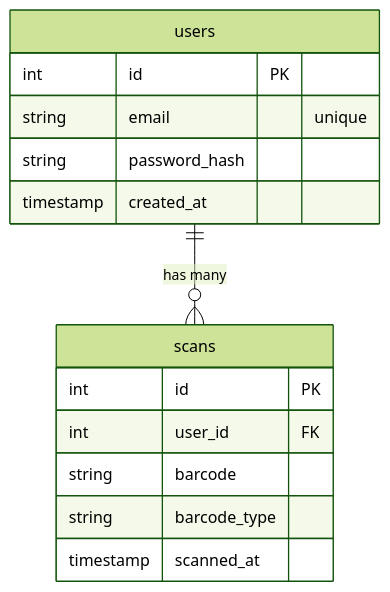
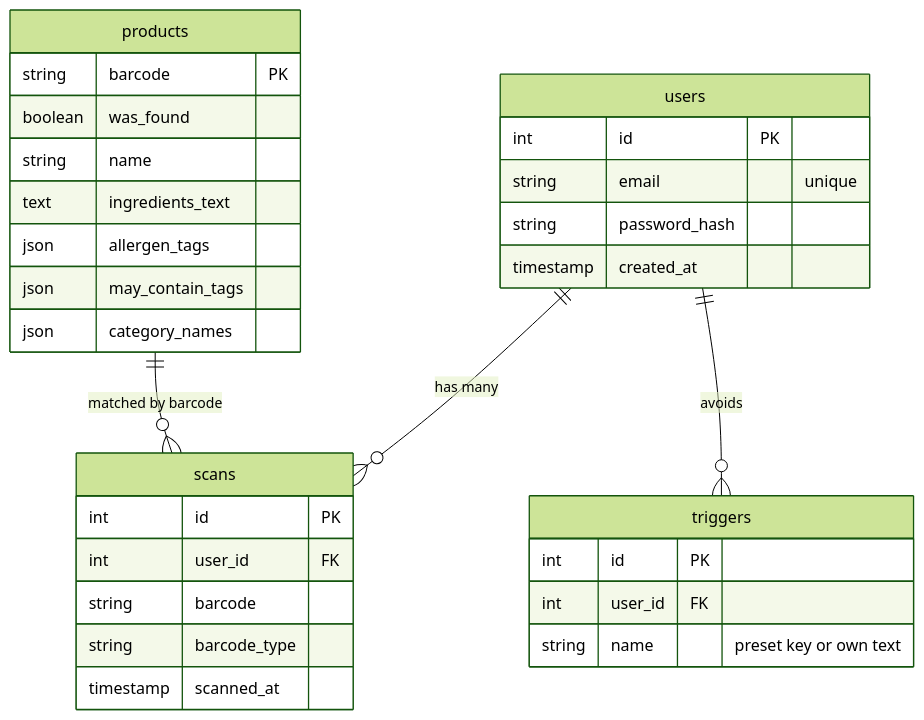
One commit to impxcts/CSCI490-Capstone changed the second of 2 diagrams in safebite/HOW_IT_WORKS.md. Above: the diagram before and after it, drawn with Mermaid (forest theme). The commit also changed other lines of this file and 41 other files, not shown here.

````diff
--- a/safebite/HOW_IT_WORKS.md
+++ b/safebite/HOW_IT_WORKS.md
@@ -107,17 +148,33 @@
 ```mermaid
 erDiagram
     users ||--o{ scans : "has many"
+    users ||--o{ triggers : "avoids"
+    products ||--o{ scans : "matched by barcode"
+    triggers {
+        int id PK
+        int user_id FK
+        string name "preset key or own text"
+    }
+    products {
+        string barcode PK
+        boolean was_found
+        string name
+        text ingredients_text
+        json allergen_tags
+        json may_contain_tags
+        json category_names
+    }
     users {
         int id PK
         string email "unique"
         string password_hash
         timestamp created_at
     }
     scans {
         int id PK
         int user_id FK
         string barcode
         string barcode_type
         timestamp scanned_at
     }
 ```
````
